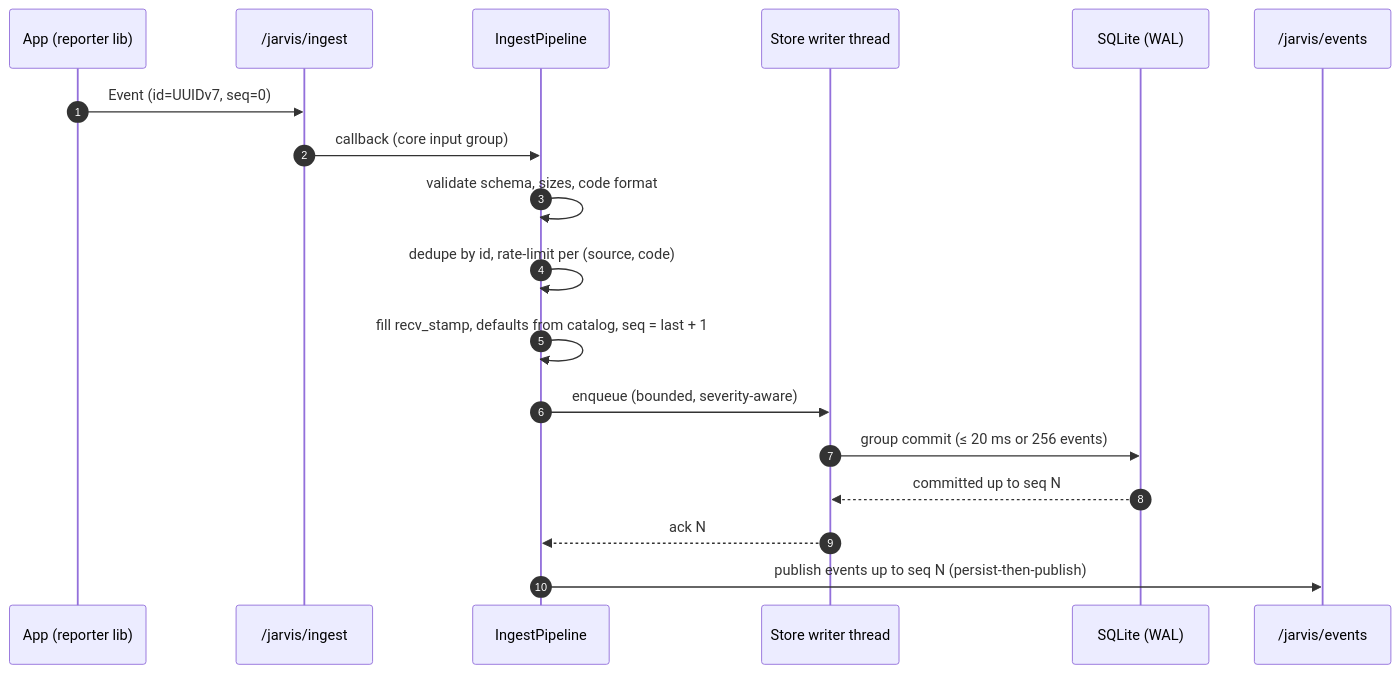
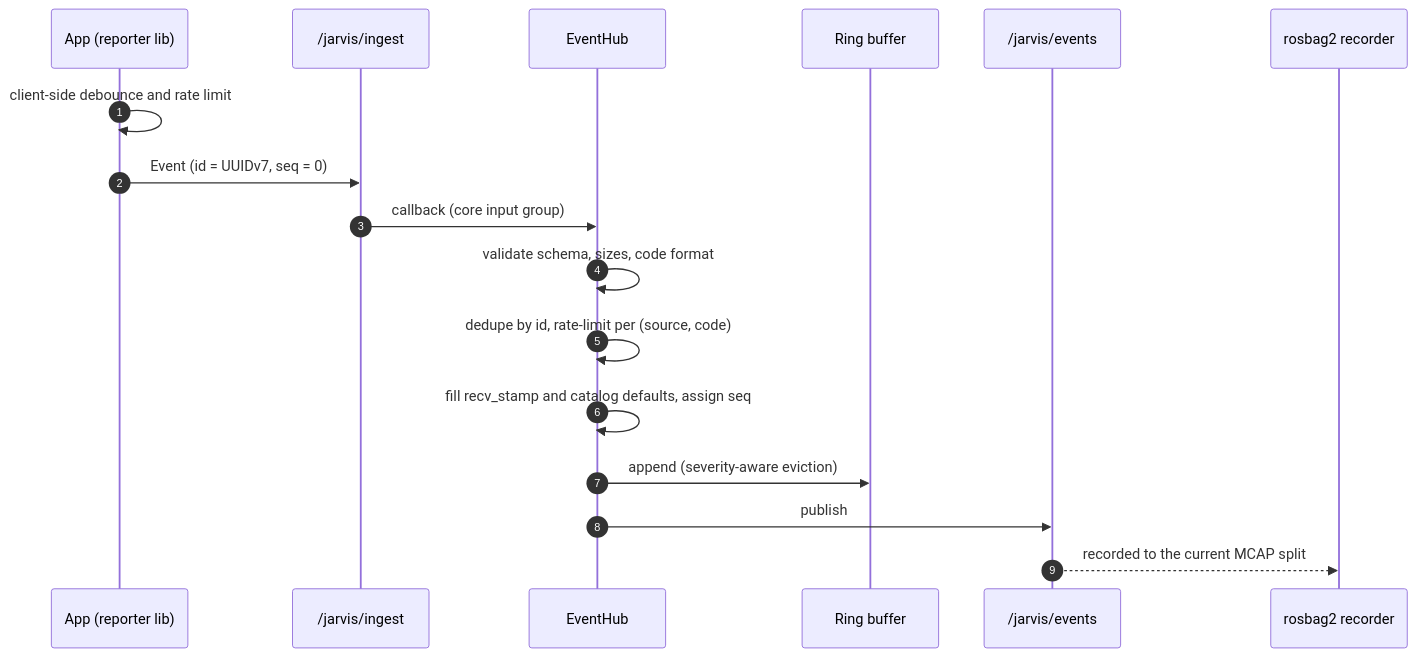
Before and after one commit to guilyx/jarvis_ros2: the second of 10 diagrams in docs/design/04-data-flow.md, drawn with Mermaid. The commit also changed other lines of this file and 20 other files, not shown here.

````diff
--- a/docs/design/04-data-flow.md
+++ b/docs/design/04-data-flow.md
@@ -49,21 +48,20 @@
 ```mermaid
 sequenceDiagram
   autonumber
   participant App as App (reporter lib)
   participant In as /jarvis/ingest
-  participant P as IngestPipeline
-  participant W as Store writer thread
-  participant DB as SQLite (WAL)
+  participant H as EventHub
+  participant RB as Ring buffer
   participant Out as /jarvis/events
+  participant R as rosbag2 recorder
 
-  App->>In: Event (id=UUIDv7, seq=0)
-  In->>P: callback (core input group)
-  P->>P: validate schema, sizes, code format
-  P->>P: dedupe by id, rate-limit per (source, code)
-  P->>P: fill recv_stamp, defaults from catalog, seq = last + 1
-  P->>W: enqueue (bounded, severity-aware)
-  W->>DB: group commit (≤ 20 ms or 256 events)
-  DB-->>W: committed up to seq N
-  W-->>P: ack N
-  P->>Out: publish events up to seq N (persist-then-publish)
+  App->>App: client-side debounce and rate limit
+  App->>In: Event (id = UUIDv7, seq = 0)
+  In->>H: callback (core input group)
+  H->>H: validate schema, sizes, code format
+  H->>H: dedupe by id, rate-limit per (source, code)
+  H->>H: fill recv_stamp and catalog defaults, assign seq
+  H->>RB: append (severity-aware eviction)
+  H->>Out: publish
+  Out-->>R: recorded to the current MCAP split
 ```
````
